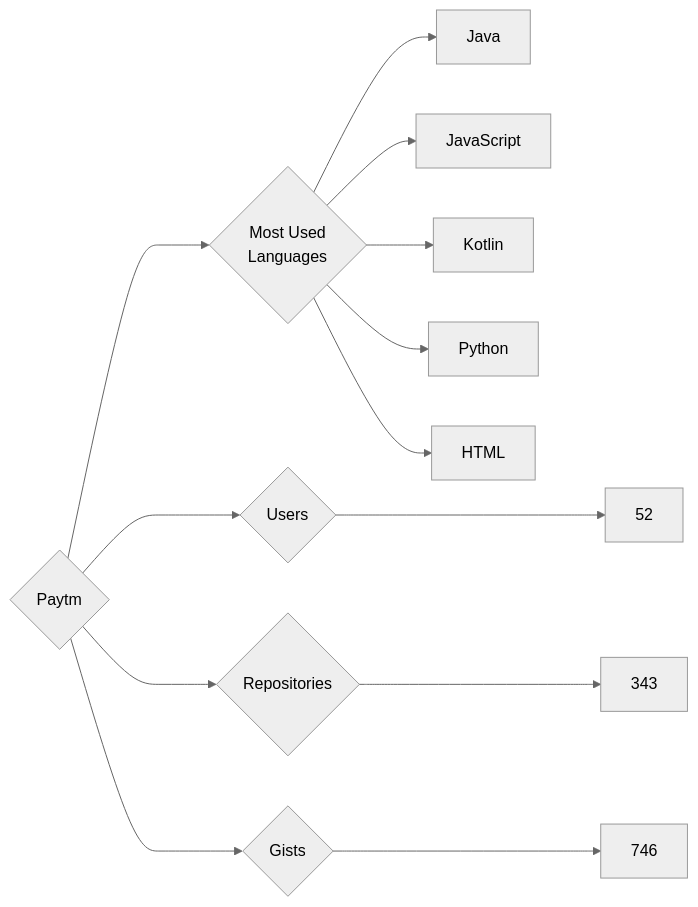
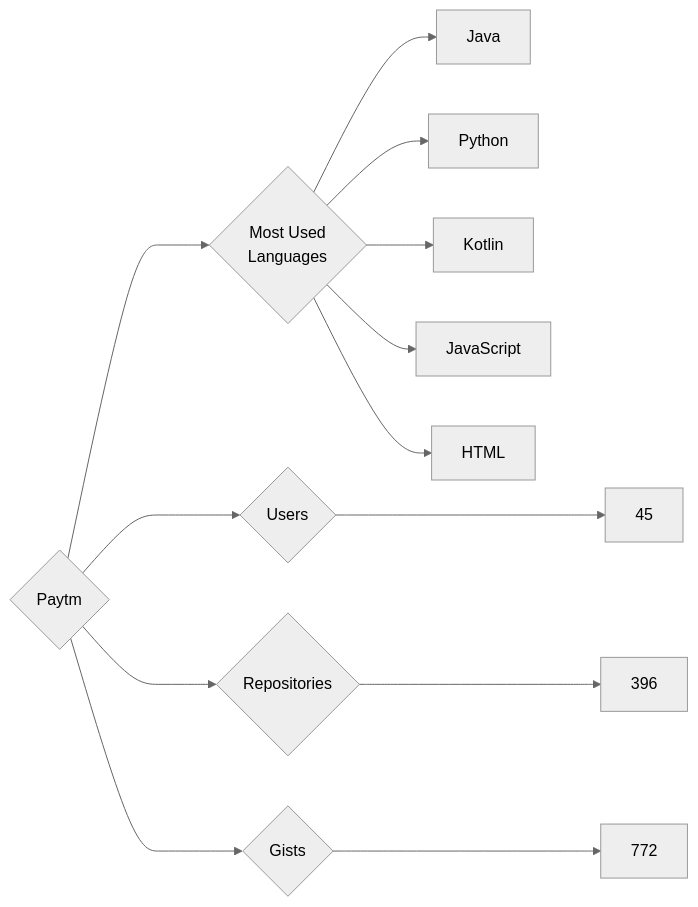
The diagram in targets/Paytm/README.md (trickest/insiders), drawn with Mermaid (neutral theme) before and after one commit. The commit also changed 799 other files, not shown here.

````diff
--- a/targets/Paytm/README.md
+++ b/targets/Paytm/README.md
@@ -3,13 +3,13 @@
 ```mermaid
 graph LR
 COMPANY_NAME{Paytm}
-COMPANY_NAME ---> U{Users} ---> UN[52]
-COMPANY_NAME ---> R{Repositories} ---> RN[343]
-COMPANY_NAME ---> G{Gists} ---> GN[746]
+COMPANY_NAME ---> U{Users} ---> UN[45]
+COMPANY_NAME ---> R{Repositories} ---> RN[396]
+COMPANY_NAME ---> G{Gists} ---> GN[772]
 COMPANY_NAME ---> ML{Most Used<br>Languages}
 ML --> Java[Java]
+ML --> Python[Python]
+ML --> Kotlin[Kotlin]
 ML --> JavaScript[JavaScript]
-ML --> Kotlin[Kotlin]
-ML --> Python[Python]
 ML --> HTML[HTML]
 ```
````
